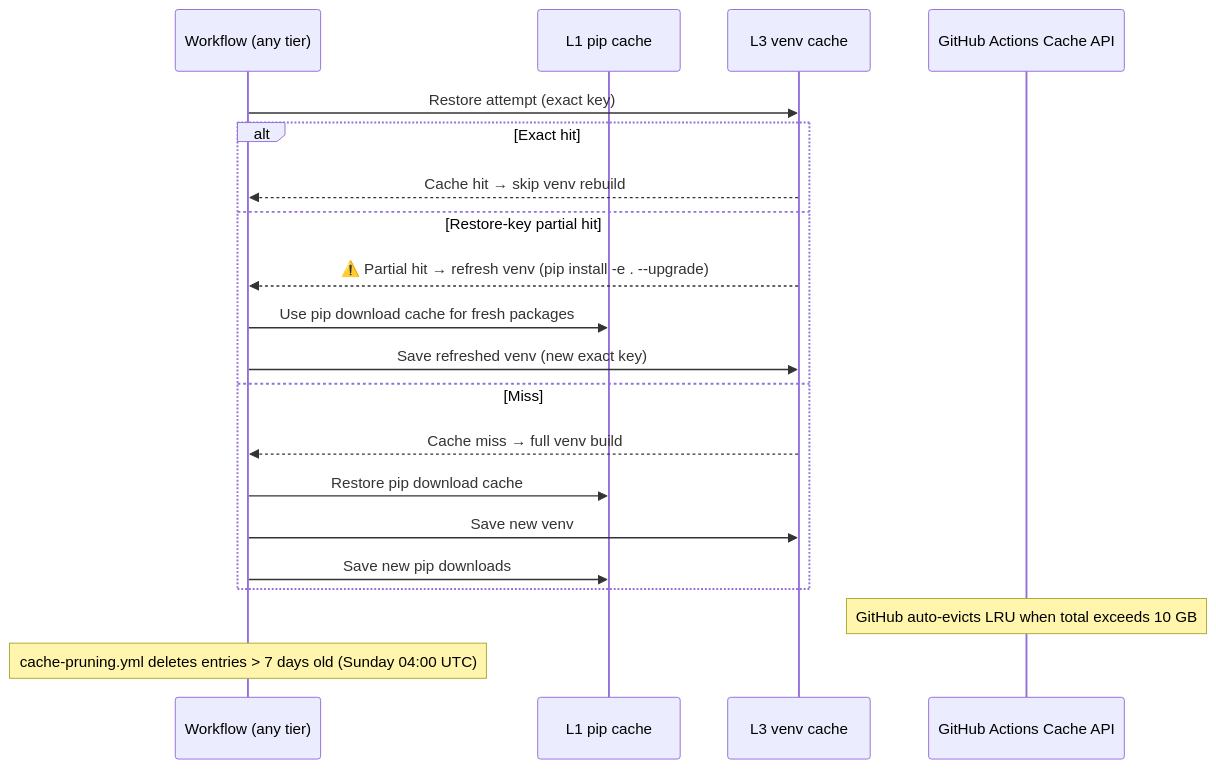
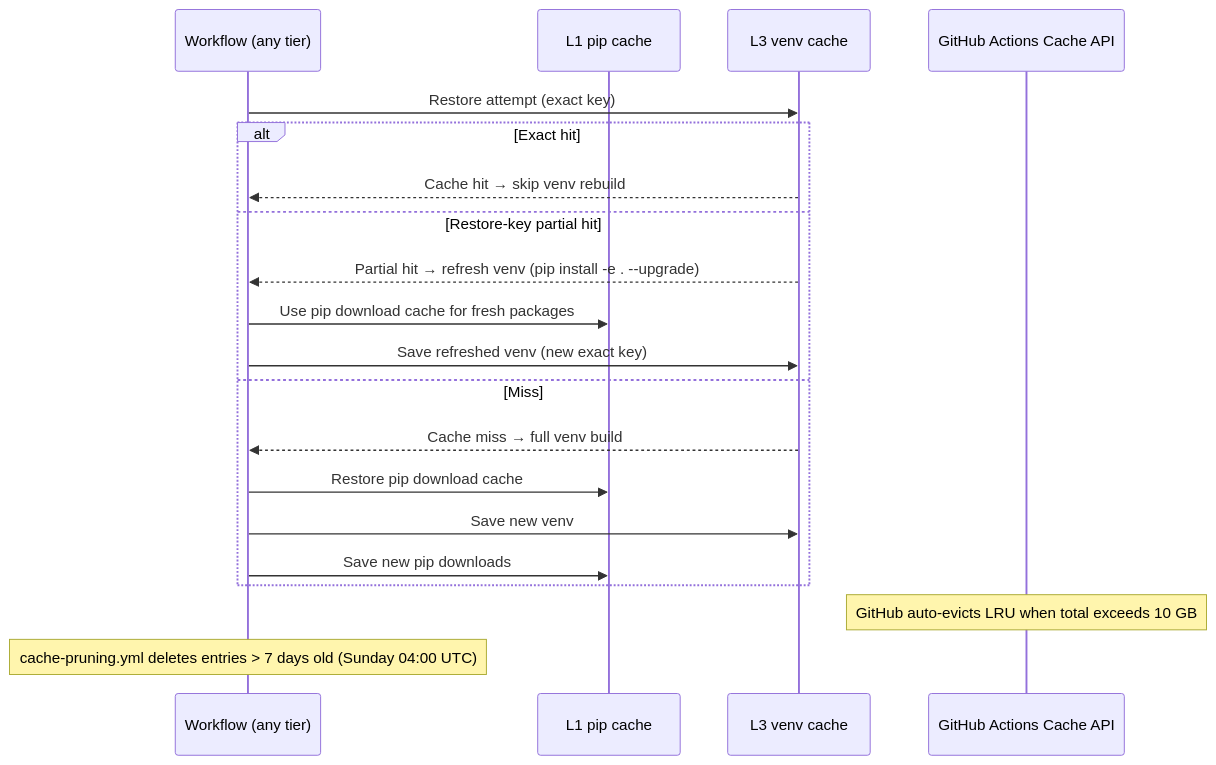
The fifth of 5 diagrams in docs/ops/CACHE_SHARED_DATASETS.md (Aries-Serpent/_codex_), drawn with Mermaid before and after one commit. The commit also changed other lines of this file and 1989 other files, not shown here.

````diff
--- a/docs/ops/CACHE_SHARED_DATASETS.md
+++ b/docs/ops/CACHE_SHARED_DATASETS.md
@@ -285,25 +285,25 @@
 ```mermaid
 %%{init: {'accessibility': {'title': 'Sequence Diagram: >>WF:  Cache hit → skip venv '}}%%
 sequenceDiagram
     participant WF as Workflow (any tier)
     participant L1 as L1 pip cache
     participant L3 as L3 venv cache
     participant GH as GitHub Actions Cache API
 
     WF->>L3: Restore attempt (exact key)
     alt Exact hit
         L3-->>WF:  Cache hit → skip venv rebuild
     else Restore-key partial hit
-        L3-->>WF: ⚠️ Partial hit → refresh venv (pip install -e . --upgrade)
+        L3-->>WF: ️ Partial hit → refresh venv (pip install -e . --upgrade)
         WF->>L1: Use pip download cache for fresh packages
         WF->>L3: Save refreshed venv (new exact key)
     else Miss
         L3-->>WF:  Cache miss → full venv build
         WF->>L1: Restore pip download cache
         WF->>L3: Save new venv
         WF->>L1: Save new pip downloads
     end
 
     Note over GH: GitHub auto-evicts LRU when total exceeds 10 GB
     Note over WF: cache-pruning.yml deletes entries > 7 days old (Sunday 04:00 UTC)
 ```
````
